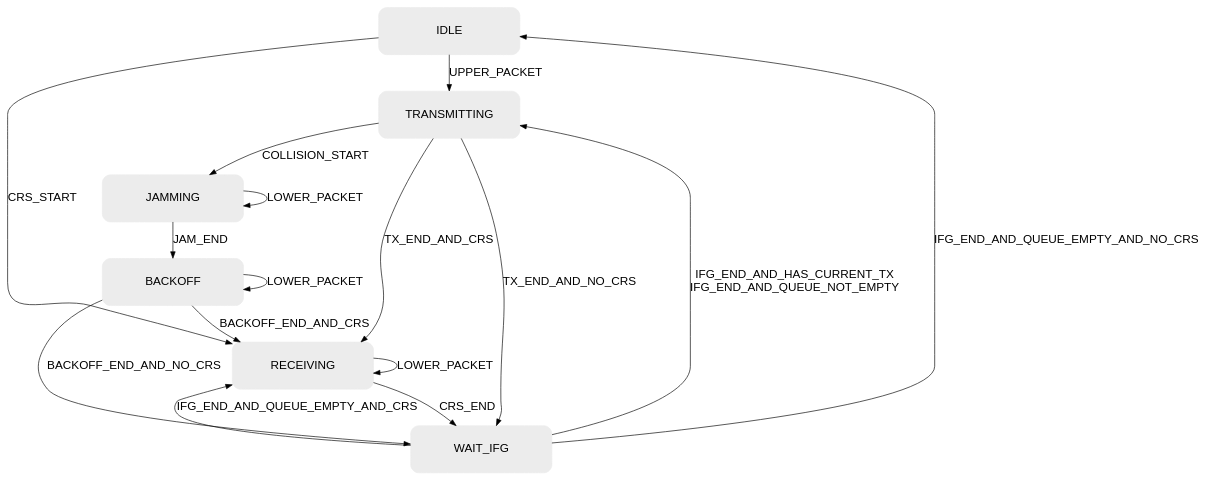
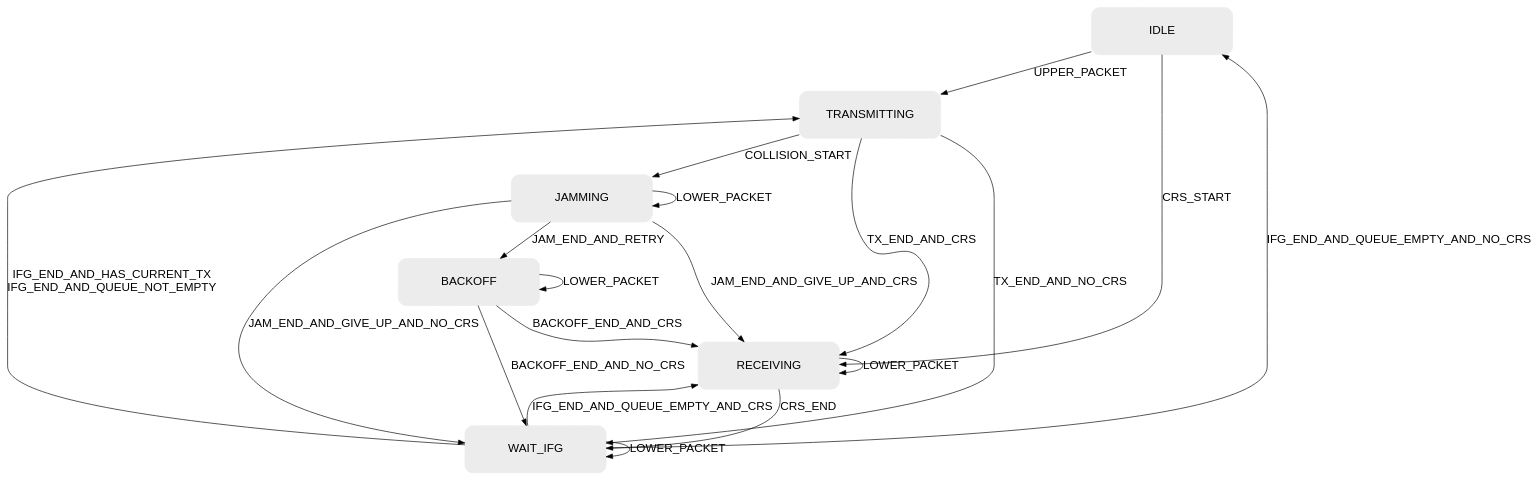
Before and after one commit to inet-framework/inet: the diagram in src/inet/linklayer/ethernet/basic/EthernetCsmaMac.dot, drawn with Graphviz. The commit also changed 1 other file, not shown here.

Commit message:
EthernetCsmaMac: Updated state machine diagram.

```diff
--- a/src/inet/linklayer/ethernet/basic/EthernetCsmaMac.dot
+++ b/src/inet/linklayer/ethernet/basic/EthernetCsmaMac.dot
@@ -1,29 +1,32 @@
 digraph EthernetCsmaMac {
     nodesep = 0.5;
     ranksep = 0.5;
     node [shape=box, style="rounded,filled", color="#ECECEC", fontname="Arial", fontsize=18, margin=0.15, height=1, width=3];
     edge [fontname="Arial", fontsize=18];
 
     IDLE;
     TRANSMITTING;
     RECEIVING;
     WAIT_IFG;
     JAMMING;
     BACKOFF;
 
     IDLE -> TRANSMITTING [label="UPPER_PACKET"];
     IDLE -> RECEIVING [label="CRS_START"];
     WAIT_IFG -> TRANSMITTING [label="IFG_END_AND_HAS_CURRENT_TX\nIFG_END_AND_QUEUE_NOT_EMPTY"];
     WAIT_IFG -> RECEIVING [label="IFG_END_AND_QUEUE_EMPTY_AND_CRS"];
     WAIT_IFG -> IDLE [label="IFG_END_AND_QUEUE_EMPTY_AND_NO_CRS"];
+    WAIT_IFG -> WAIT_IFG [label="LOWER_PACKET"];
     TRANSMITTING -> WAIT_IFG [label="TX_END_AND_NO_CRS"];
     TRANSMITTING -> RECEIVING [label="TX_END_AND_CRS"];
     TRANSMITTING -> JAMMING [label="COLLISION_START"];
-    JAMMING -> BACKOFF [label="JAM_END"];
+    JAMMING -> BACKOFF [label="JAM_END_AND_RETRY"];
+    JAMMING -> WAIT_IFG [label="JAM_END_AND_GIVE_UP_AND_NO_CRS"];
+    JAMMING -> RECEIVING [label="JAM_END_AND_GIVE_UP_AND_CRS"];
     JAMMING -> JAMMING [label="LOWER_PACKET"];
     BACKOFF -> WAIT_IFG [label="BACKOFF_END_AND_NO_CRS"];
     BACKOFF -> RECEIVING [label="BACKOFF_END_AND_CRS"];
     BACKOFF -> BACKOFF [label="LOWER_PACKET"];
     RECEIVING -> RECEIVING [label="LOWER_PACKET"];
     RECEIVING -> WAIT_IFG [label="CRS_END"];
 }
```
